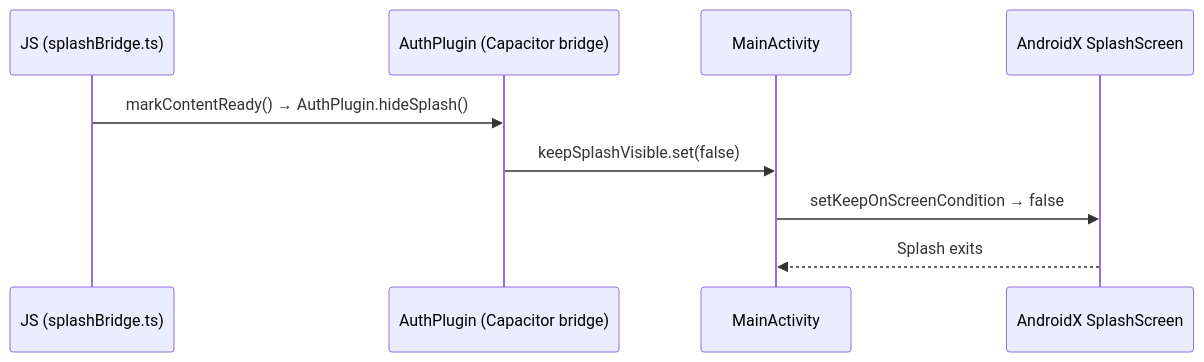
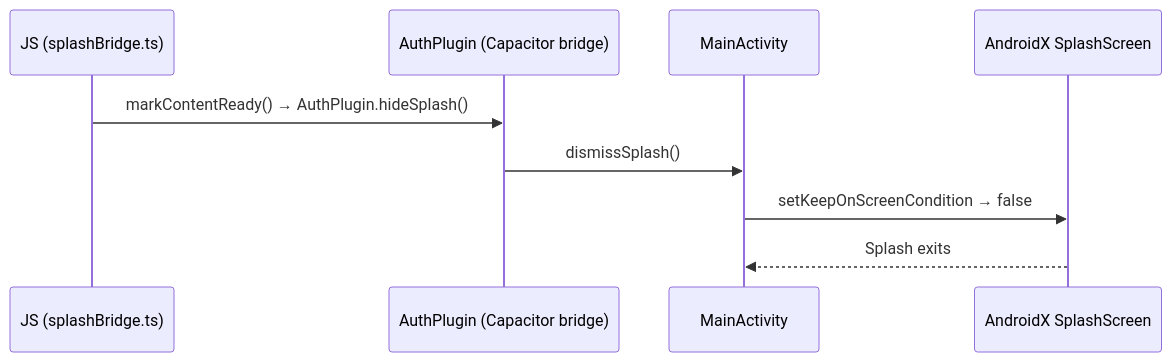
One commit to a1121611810/Pictelio changed the second of 2 diagrams in openwiki/integrations/android-native.md. Above: the diagram before and after it, drawn with Mermaid. The commit also changed other lines of this file and 3 other files, not shown here.

First line of the commit message:
fix(android): keepSplashVisible 改为 private + dismissSplash() setter

````diff
--- a/openwiki/integrations/android-native.md
+++ b/openwiki/integrations/android-native.md
@@ -101,12 +101,12 @@
 ```mermaid
 sequenceDiagram
     participant JS as JS (splashBridge.ts)
     participant AP as AuthPlugin (Capacitor bridge)
     participant MA as MainActivity
     participant SS as AndroidX SplashScreen
 
     JS->>AP: markContentReady() → AuthPlugin.hideSplash()
-    AP->>MA: keepSplashVisible.set(false)
+    AP->>MA: dismissSplash()
     MA->>SS: setKeepOnScreenCondition → false
     SS-->>MA: Splash exits
 ```
````
